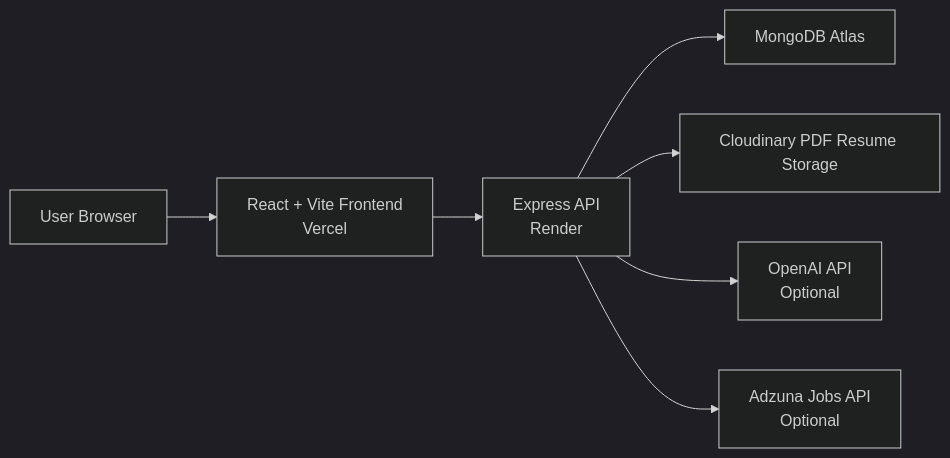
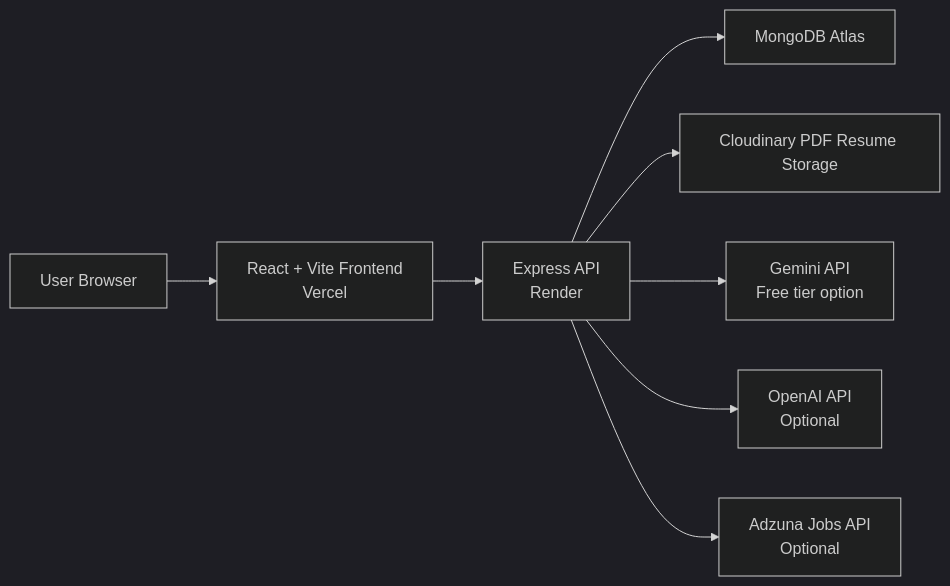
One commit to sgsatpute/Job-portal changed the diagram in README.md. Above: the diagram before and after it, drawn with Mermaid (dark theme). The commit also changed other lines of this file and 4 other files, not shown here.

Commit message:
Add free Gemini AI provider

````diff
--- a/README.md
+++ b/README.md
@@ -107,9 +107,10 @@
 ```mermaid
 flowchart LR
   User["User Browser"] --> Frontend["React + Vite Frontend<br/>Vercel"]
   Frontend --> API["Express API<br/>Render"]
   API --> MongoDB["MongoDB Atlas"]
   API --> Cloudinary["Cloudinary PDF Resume Storage"]
+  API --> Gemini["Gemini API<br/>Free tier option"]
   API --> OpenAI["OpenAI API<br/>Optional"]
   API --> Adzuna["Adzuna Jobs API<br/>Optional"]
 ```
````
